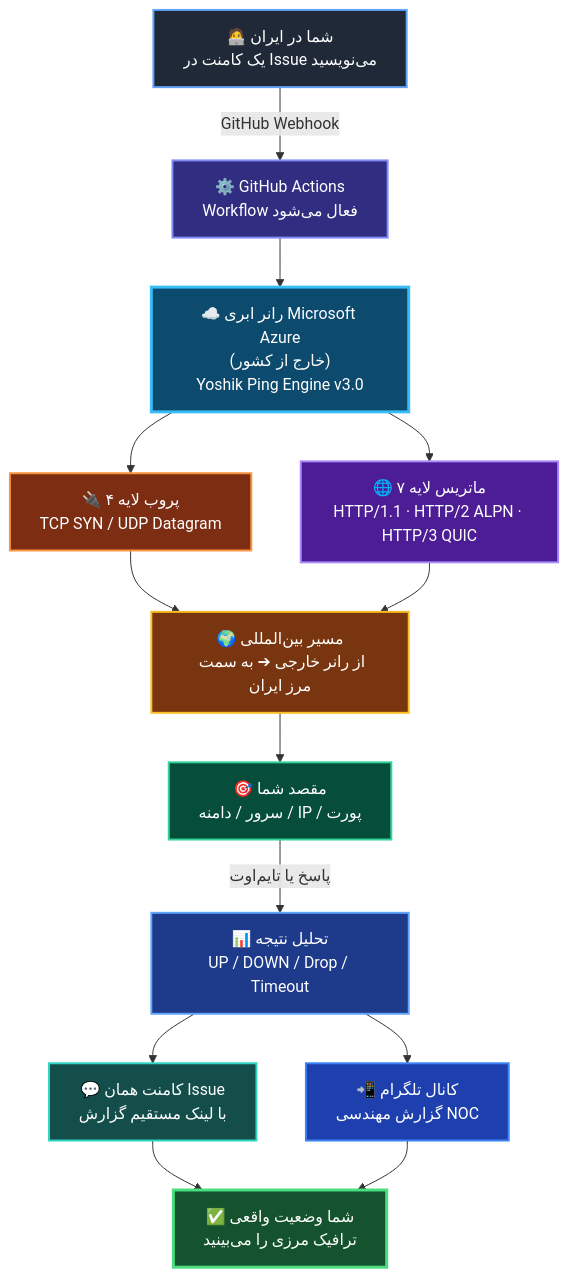
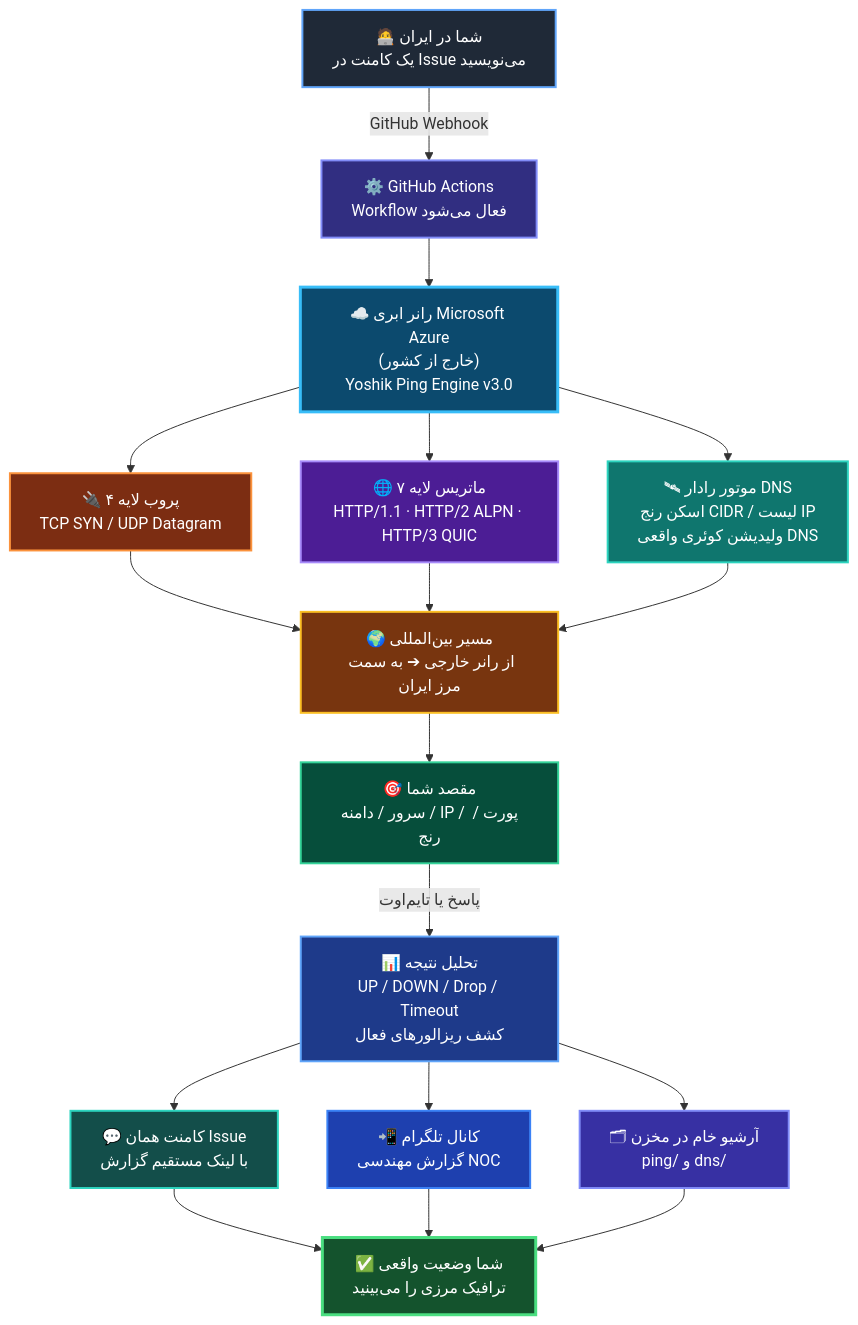
The diagram in README.md (YoshikVPS/YoshikPing), drawn with Mermaid before and after one commit. The commit also changed other lines of this file, not shown here.

````diff
--- a/README.md
+++ b/README.md
@@ -39,27 +40,33 @@
 ```mermaid
 flowchart TD
     A["🧑‍💻 شما در ایران<br/>یک کامنت در Issue می‌نویسید"] -->|"GitHub Webhook"| B["⚙️ GitHub Actions<br/>Workflow فعال می‌شود"]
     B --> C["☁️ رانر ابری Microsoft Azure<br/>(خارج از کشور)<br/>Yoshik Ping Engine v3.0"]
     C --> D1["🔌 پروب لایه ۴<br/>TCP SYN / UDP Datagram"]
     C --> D2["🌐 ماتریس لایه ۷<br/>HTTP/1.1 · HTTP/2 ALPN · HTTP/3 QUIC"]
+    C --> D3["🛰 موتور رادار DNS<br/>اسکن رنج CIDR / لیست IP<br/>ولیدیشن کوئری واقعی DNS"]
     D1 --> E["🌍 مسیر بین‌المللی<br/>از رانر خارجی ➔ به سمت مرز ایران"]
     D2 --> E
-    E --> F["🎯 مقصد شما<br/>سرور / دامنه / IP / پورت"]
-    F -->|"پاسخ یا تایم‌اوت"| G["📊 تحلیل نتیجه<br/>UP / DOWN / Drop / Timeout"]
+    D3 --> E
+    E --> F["🎯 مقصد شما<br/>سرور / دامنه / IP / پورت / رنج"]
+    F -->|"پاسخ یا تایم‌اوت"| G["📊 تحلیل نتیجه<br/>UP / DOWN / Drop / Timeout<br/>کشف ریزالورهای فعال"]
     G --> H1["💬 کامنت همان Issue<br/>با لینک مستقیم گزارش"]
     G --> H2["📲 کانال تلگرام<br/>گزارش مهندسی NOC"]
+    G --> H3["🗂 آرشیو خام در مخزن<br/>ping/ و dns/"]
     H1 --> I["✅ شما وضعیت واقعی<br/>ترافیک مرزی را می‌بینید"]
     H2 --> I
+    H3 --> I
 
     style A fill:#1f2937,stroke:#60a5fa,stroke-width:2px,color:#fff
     style B fill:#312e81,stroke:#818cf8,stroke-width:2px,color:#fff
     style C fill:#0c4a6e,stroke:#38bdf8,stroke-width:3px,color:#fff
     style D1 fill:#7c2d12,stroke:#fb923c,stroke-width:2px,color:#fff
     style D2 fill:#4c1d95,stroke:#a78bfa,stroke-width:2px,color:#fff
+    style D3 fill:#0f766e,stroke:#2dd4bf,stroke-width:2px,color:#fff
     style E fill:#78350f,stroke:#fbbf24,stroke-width:2px,color:#fff
     style F fill:#064e3b,stroke:#34d399,stroke-width:2px,color:#fff
     style G fill:#1e3a8a,stroke:#60a5fa,stroke-width:2px,color:#fff
     style H1 fill:#134e4a,stroke:#2dd4bf,stroke-width:2px,color:#fff
     style H2 fill:#1e40af,stroke:#3b82f6,stroke-width:2px,color:#fff
+    style H3 fill:#3730a3,stroke:#818cf8,stroke-width:2px,color:#fff
     style I fill:#14532d,stroke:#4ade80,stroke-width:3px,color:#fff
 ```
````
